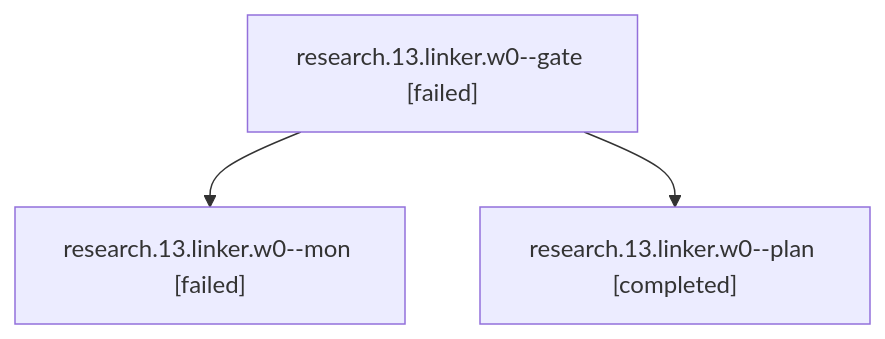
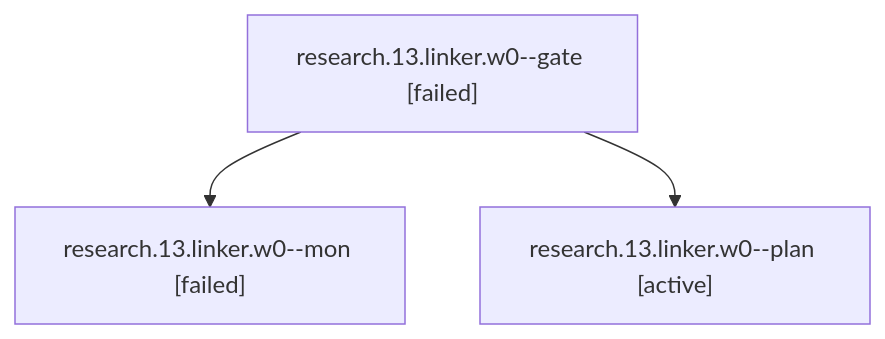
Before and after one commit to sase-org/sase--agents: the diagram in sessions/bbugyi200.apollo.research.13.linker.w0.md, drawn with Mermaid. The commit also changed other lines of this file and 601 other files, not shown here.

````diff
--- a/sessions/bbugyi200.apollo.research.13.linker.w0.md
+++ b/sessions/bbugyi200.apollo.research.13.linker.w0.md
@@ -9,8 +9,8 @@
 ```mermaid
 flowchart TD
   n0["research.13.linker.w0--gate [failed]"]
   n1["research.13.linker.w0--mon [failed]"]
   n0 --> n1
-  n2["research.13.linker.w0--plan [completed]"]
+  n2["research.13.linker.w0--plan [active]"]
   n0 --> n2
 ```
````
